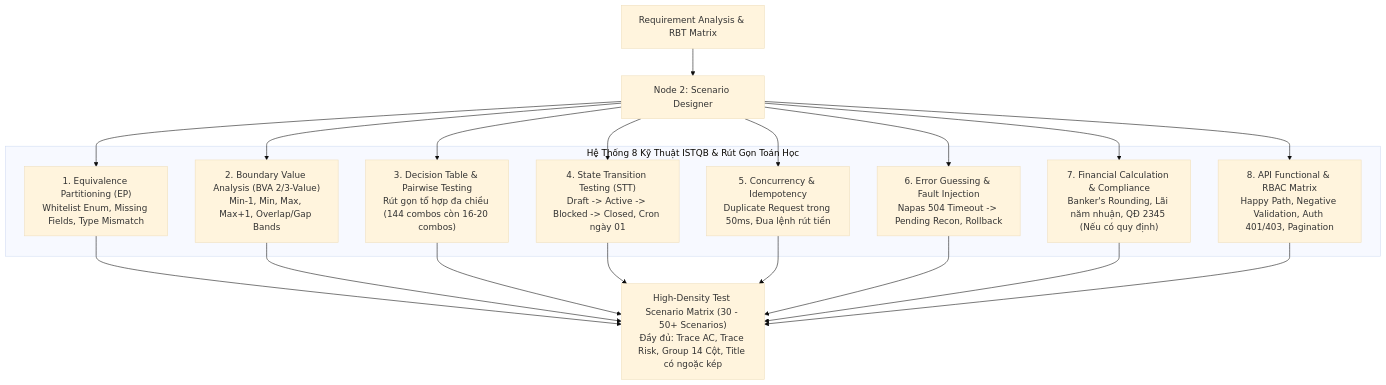
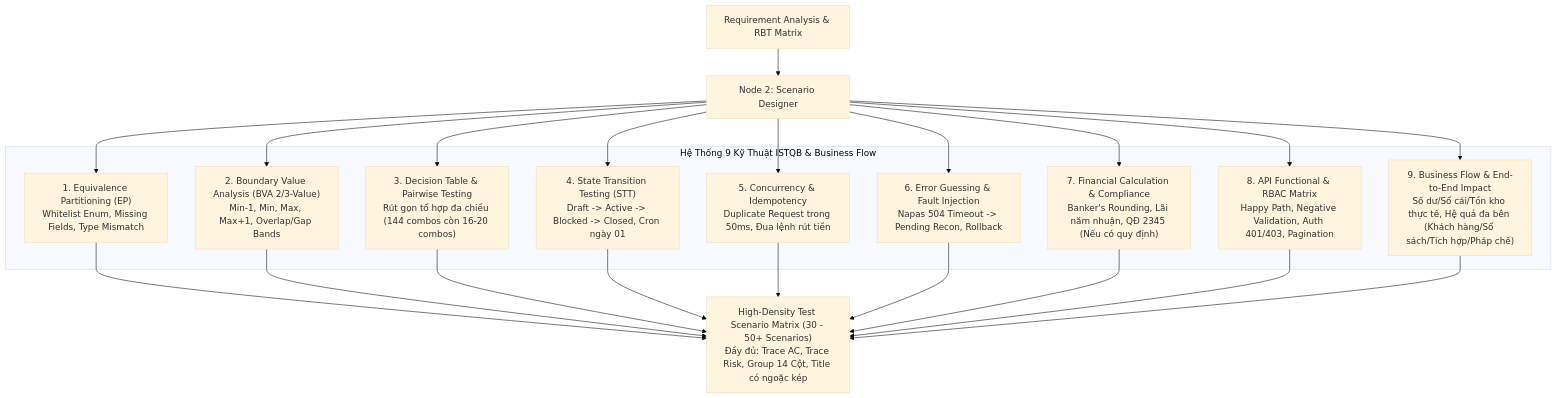
Before and after one commit to gary1633/qa-ai-gen-testcase: the third of 7 diagrams in docs/system_architecture_charts.md, drawn with Mermaid (base theme). The commit also changed other lines of this file and 23 other files, not shown here.

````diff
--- a/docs/system_architecture_charts.md
+++ b/docs/system_architecture_charts.md
@@ -106,33 +109,36 @@
 ```mermaid
 flowchart TD
     REQ["Requirement Analysis & RBT Matrix"] --> SD["Node 2: Scenario Designer"]
 
-    subgraph Techniques_Group ["Hệ Thống 8 Kỹ Thuật ISTQB & Rút Gọn Toán Học"]
+    subgraph Techniques_Group ["Hệ Thống 9 Kỹ Thuật ISTQB & Business Flow"]
         T1["1. Equivalence Partitioning (EP)<br/>Whitelist Enum, Missing Fields, Type Mismatch"]
         T2["2. Boundary Value Analysis (BVA 2/3-Value)<br/>Min-1, Min, Max, Max+1, Overlap/Gap Bands"]
         T3["3. Decision Table & Pairwise Testing<br/>Rút gọn tổ hợp đa chiều (144 combos còn 16-20 combos)"]
         T4["4. State Transition Testing (STT)<br/>Draft -> Active -> Blocked -> Closed, Cron ngày 01"]
         T5["5. Concurrency & Idempotency<br/>Duplicate Request trong 50ms, Đua lệnh rút tiền"]
         T6["6. Error Guessing & Fault Injection<br/>Napas 504 Timeout -> Pending Recon, Rollback"]
         T7["7. Financial Calculation & Compliance<br/>Banker's Rounding, Lãi năm nhuận, QĐ 2345 (Nếu có quy định)"]
         T8["8. API Functional & RBAC Matrix<br/>Happy Path, Negative Validation, Auth 401/403, Pagination"]
+        T9["9. Business Flow & End-to-End Impact<br/>Số dư/Sổ cái/Tồn kho thực tế, Hệ quả đa bên (Khách hàng/Sổ sách/Tích hợp/Pháp chế)"]
     end
 
     SD --> T1
     SD --> T2
     SD --> T3
     SD --> T4
     SD --> T5
     SD --> T6
     SD --> T7
     SD --> T8
+    SD --> T9
 
     T1 --> MATRIX["High-Density Test Scenario Matrix (30 - 50+ Scenarios)<br/>Đầy đủ: Trace AC, Trace Risk, Group 14 Cột, Title có ngoặc kép"]
     T2 --> MATRIX
     T3 --> MATRIX
     T4 --> MATRIX
     T5 --> MATRIX
     T6 --> MATRIX
     T7 --> MATRIX
     T8 --> MATRIX
+    T9 --> MATRIX
 ```
````
